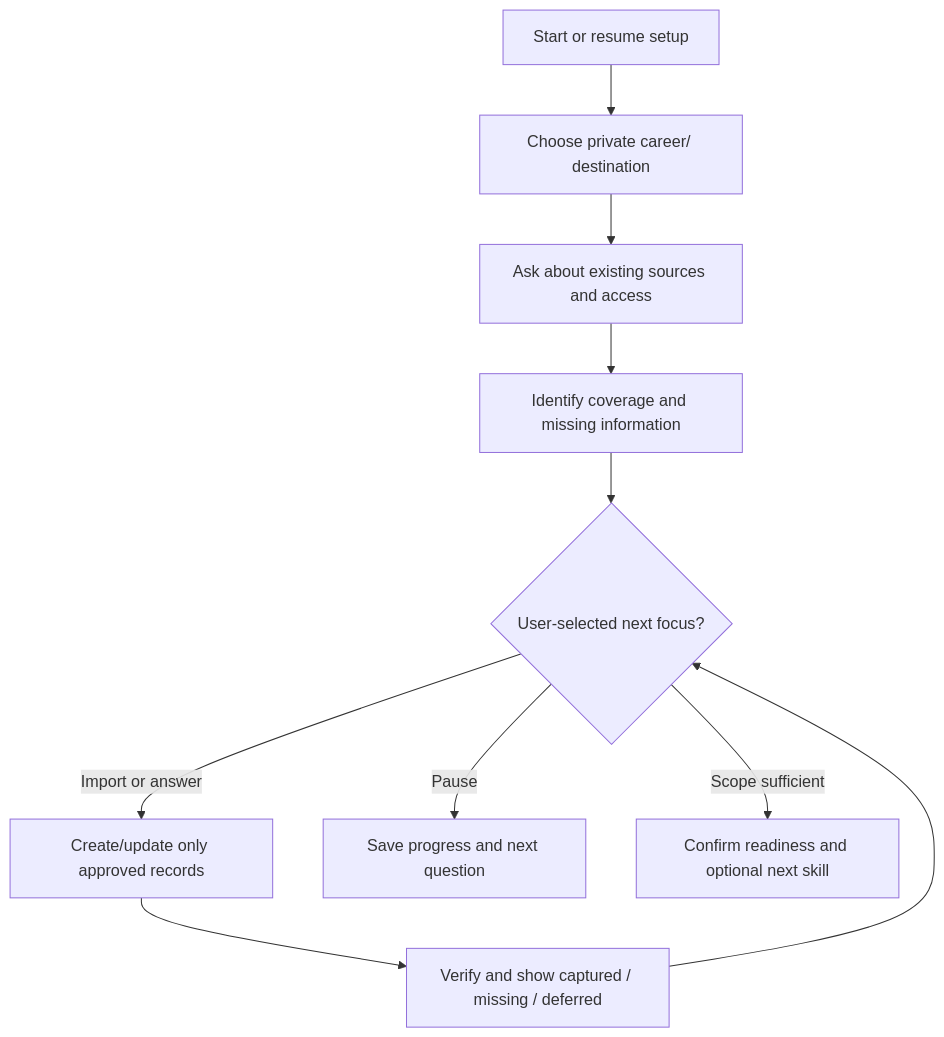
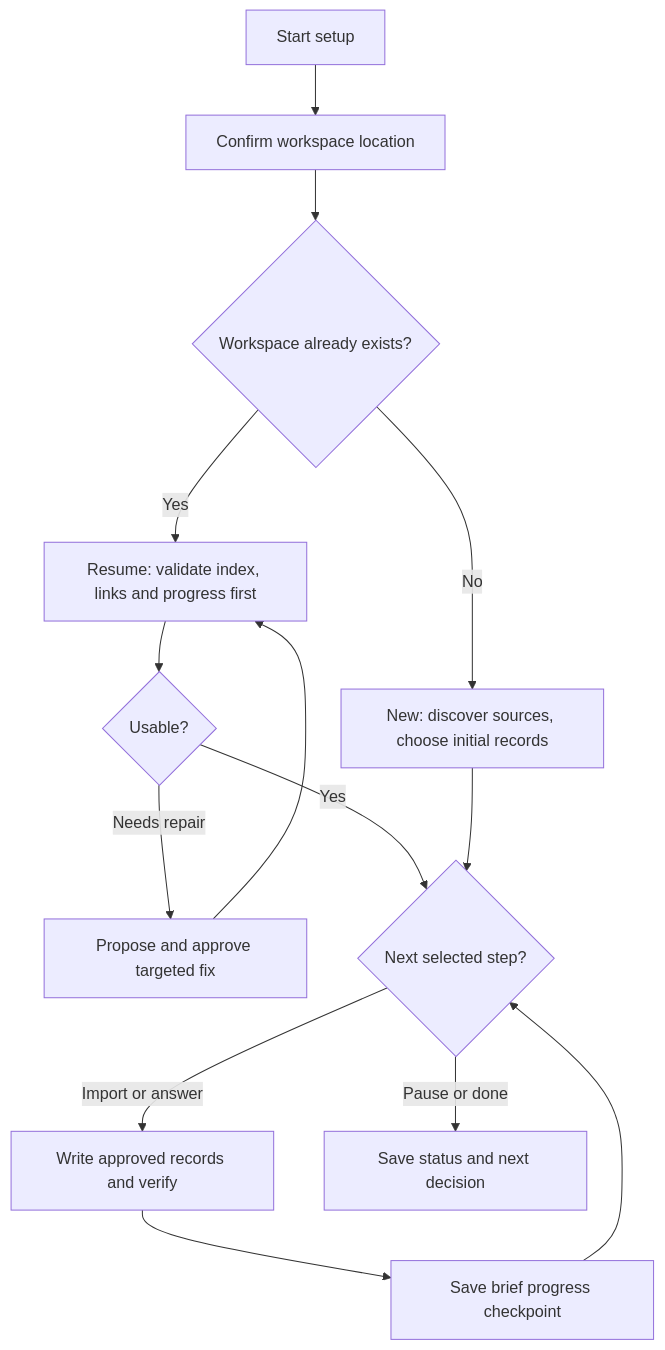
The second of 2 diagrams in docs/USER-JOURNEY.md (lfarci/career-skills), drawn with Mermaid before and after one commit. The commit also changed other lines of this file and 8 other files, not shown here.

First line of the commit message:
Simplify setup: create new or validate and resume existing workspace (#15)

````diff
--- a/docs/USER-JOURNEY.md
+++ b/docs/USER-JOURNEY.md
@@ -37,12 +37,16 @@
 ```mermaid
 flowchart TD
-    S["Start or resume setup"] --> D["Choose private career/ destination"]
-    D --> I["Ask about existing sources and access"]
-    I --> C["Identify coverage and missing information"]
-    C --> Q{"User-selected next focus?"}
-    Q -->|"Import or answer"| W["Create/update only approved records"]
-    W --> R["Verify and show captured / missing / deferred"]
+    S["Start setup"] --> D["Confirm workspace location"]
+    D --> E{"Workspace already exists?"}
+    E -->|"No"| N["New: discover sources, choose initial records"]
+    E -->|"Yes"| V["Resume: validate index, links and progress first"]
+    V --> H{"Usable?"}
+    H -->|"Needs repair"| X["Propose and approve targeted fix"]
+    X --> V
+    H -->|"Yes"| Q{"Next selected step?"}
+    N --> Q
+    Q -->|"Import or answer"| W["Write approved records and verify"]
+    W --> R["Save brief progress checkpoint"]
     R --> Q
-    Q -->|"Pause"| P["Save progress and next question"]
-    Q -->|"Scope sufficient"| F["Confirm readiness and optional next skill"]
+    Q -->|"Pause or done"| F["Save status and next decision"]
 ```
````
